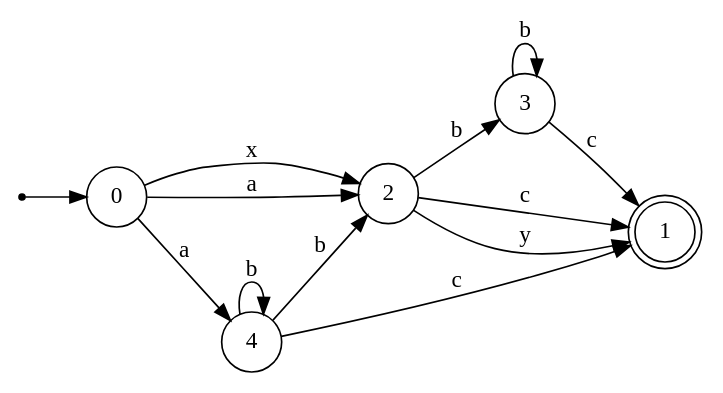
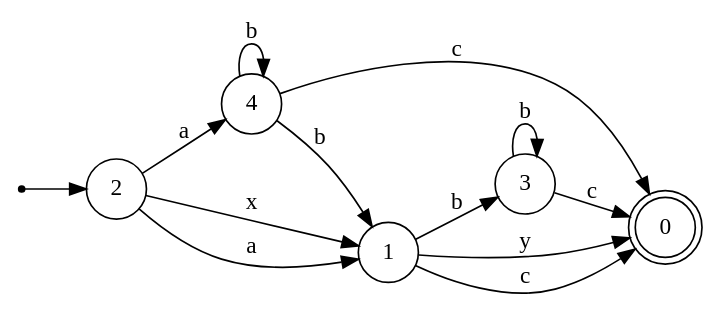
One commit to LeonardoDeFaveri/NFA-minimization changed the diagram in minimized/left.gv. Above: the diagram before and after it, drawn with Graphviz. The commit also changed 14 other files, not shown here.

```diff
--- a/minimized/left.gv
+++ b/minimized/left.gv
@@ -1,22 +1,22 @@
 digraph {
 	rankdir = LR;
 	size = "30,20";
 	node [shape = point]; "dummy0"
-	node [shape = circle]; "0"
-	"dummy0" -> "0";
+	node [shape = circle]; "2"
+	"dummy0" -> "2";
+	node [shape = circle]; "4";
 	node [shape = circle]; "3";
-	node [shape = doublecircle]; "1";
-	node [shape = circle]; "2";
-	node [shape = circle]; "4";
-	"0" -> "2" [label = "x"];
-	"0" -> "4" [label = "a"];
-	"0" -> "2" [label = "a"];
-	"2" -> "3" [label = "b"];
-	"2" -> "1" [label = "c"];
-	"2" -> "1" [label = "y"];
+	node [shape = doublecircle]; "0";
+	node [shape = circle]; "1";
+	"3" -> "0" [label = "c"];
 	"3" -> "3" [label = "b"];
-	"3" -> "1" [label = "c"];
-	"4" -> "1" [label = "c"];
-	"4" -> "2" [label = "b"];
+	"4" -> "0" [label = "c"];
 	"4" -> "4" [label = "b"];
+	"4" -> "1" [label = "b"];
+	"2" -> "1" [label = "x"];
+	"2" -> "1" [label = "a"];
+	"2" -> "4" [label = "a"];
+	"1" -> "0" [label = "y"];
+	"1" -> "0" [label = "c"];
+	"1" -> "3" [label = "b"];
 }
```
